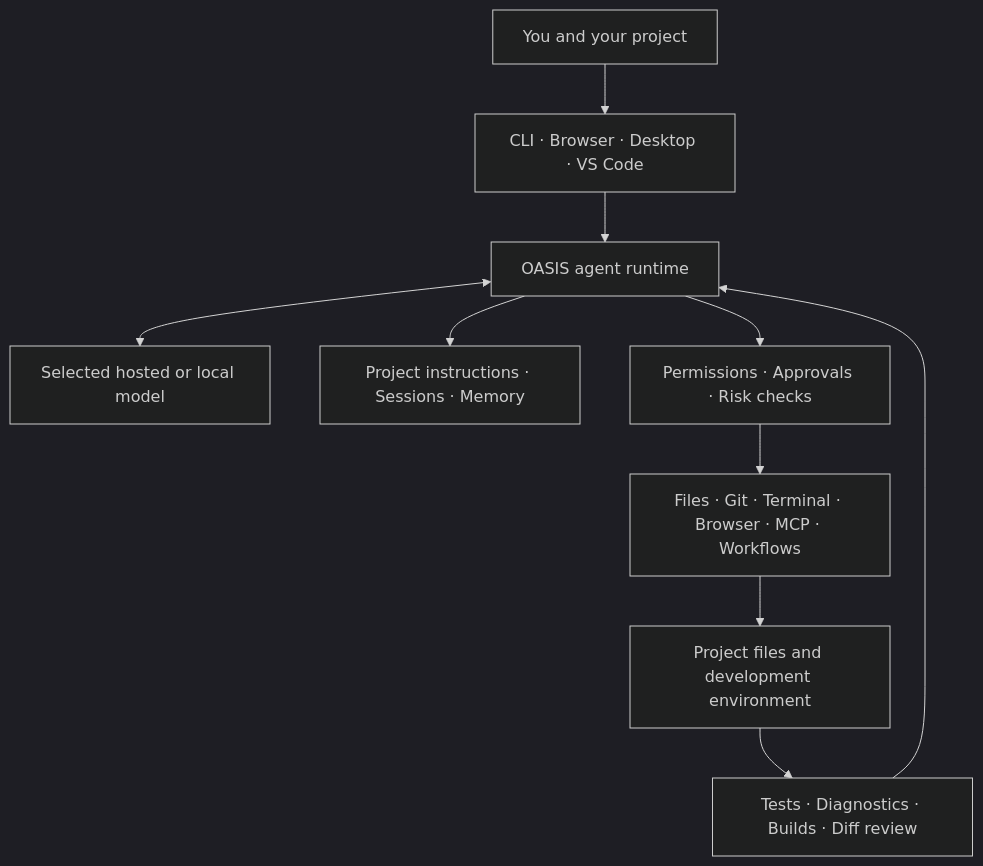
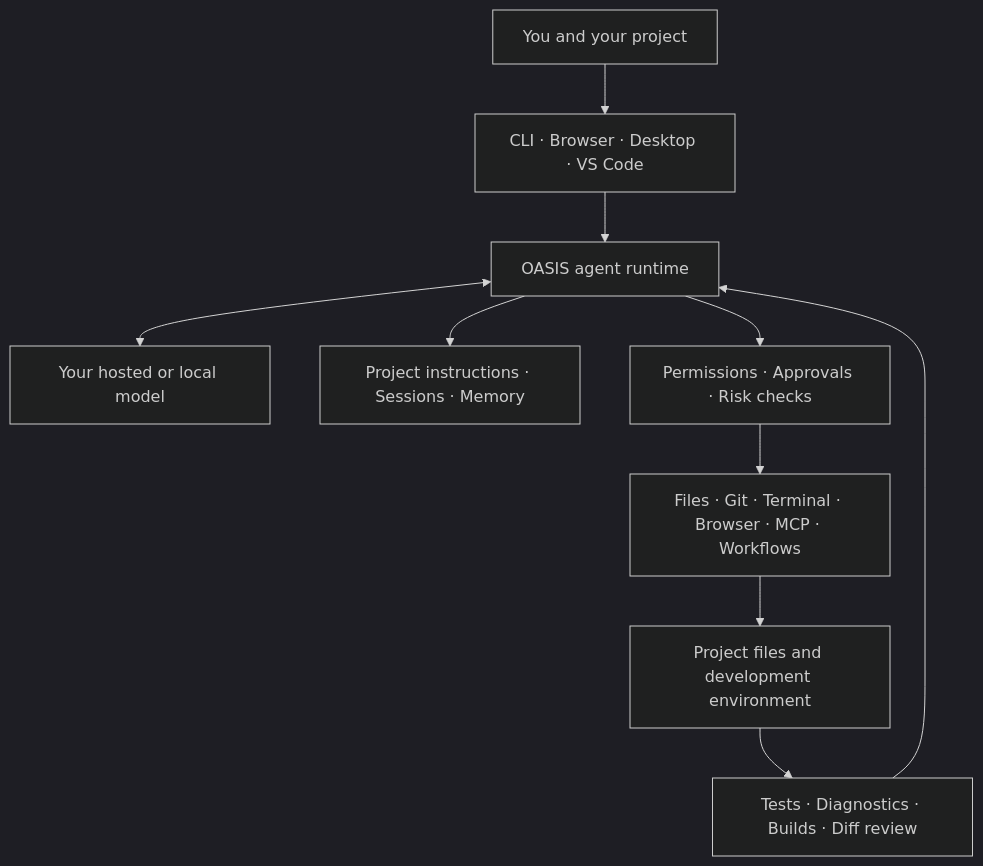
One commit to FAHTHIZ/oasis changed the diagram in README.md. Above: the diagram before and after it, drawn with Mermaid (dark theme). The commit also changed other lines of this file, not shown here.

````diff
--- a/README.md
+++ b/README.md
@@ -64,12 +62,12 @@
 ```mermaid
 flowchart TD
-    Person["You and your project"] --> Surface["CLI · Browser · Desktop · VS Code"]
-    Surface --> Runtime["OASIS agent runtime"]
-    Runtime <--> Model["Selected hosted or local model"]
+    User["You and your project"] --> UI["CLI · Browser · Desktop · VS Code"]
+    UI --> Runtime["OASIS agent runtime"]
+    Runtime <--> Model["Your hosted or local model"]
     Runtime --> Context["Project instructions · Sessions · Memory"]
     Runtime --> Policy["Permissions · Approvals · Risk checks"]
     Policy --> Tools["Files · Git · Terminal · Browser · MCP · Workflows"]
-    Tools --> Workspace["Project files and development environment"]
-    Workspace --> Verify["Tests · Diagnostics · Builds · Diff review"]
+    Tools --> Project["Project files and development environment"]
+    Project --> Verify["Tests · Diagnostics · Builds · Diff review"]
     Verify --> Runtime
 ```
````
